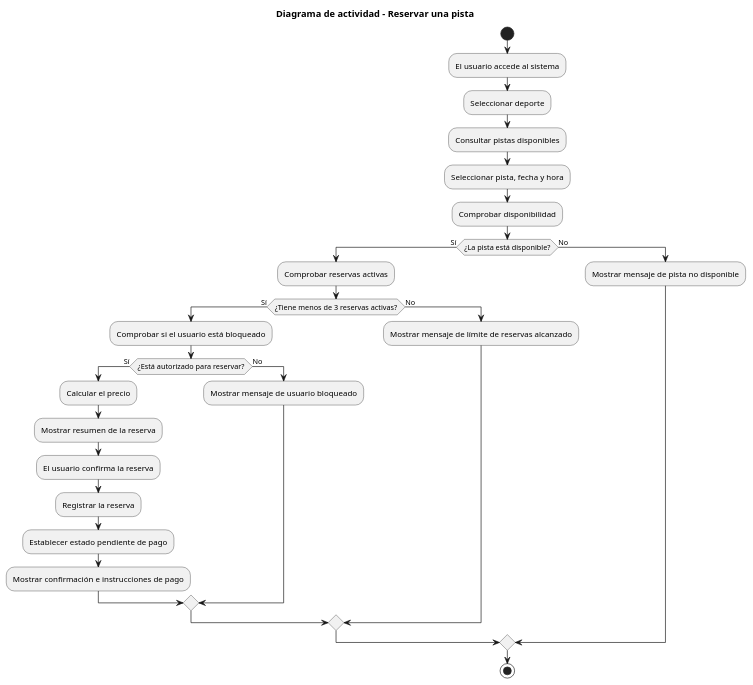
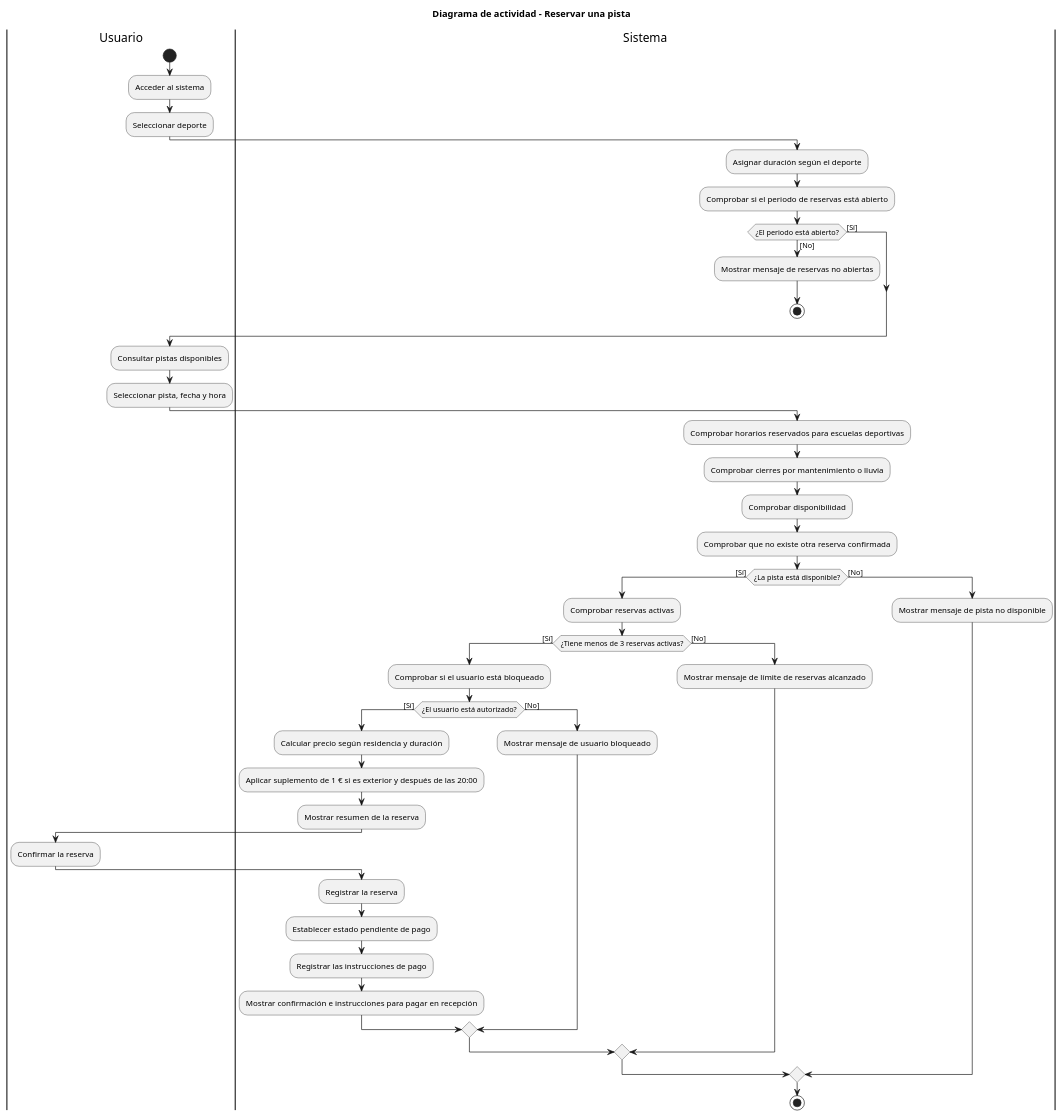
The diagram in diagrams/activity-booking.puml (Ona-DevCom/5.T1-omar-bejaji), drawn with PlantUML before and after one commit. The commit also changed 8 other files, not shown here.

Commit message:
Update requirements and UML diagrams

```diff
--- a/diagrams/activity-booking.puml
+++ b/diagrams/activity-booking.puml
@@ -2,59 +2,66 @@
 @startuml
 
 title Diagrama de actividad - Reservar una pista
 
+|Usuario|
 start
-
-:El usuario accede al sistema;
-
+:Acceder al sistema;
 :Seleccionar deporte;
 
+|Sistema|
+:Asignar duración según el deporte;
+:Comprobar si el periodo de reservas está abierto;
+
+if (¿El periodo está abierto?) then ([Sí])
+else ([No])
+    :Mostrar mensaje de reservas no abiertas;
+    stop
+endif
+
+|Usuario|
 :Consultar pistas disponibles;
-
 :Seleccionar pista, fecha y hora;
 
+|Sistema|
+:Comprobar horarios reservados para escuelas deportivas;
+:Comprobar cierres por mantenimiento o lluvia;
 :Comprobar disponibilidad;
+:Comprobar que no existe otra reserva confirmada;
 
-if (¿La pista está disponible?) then (Sí)
+if (¿La pista está disponible?) then ([Sí])
 
-  :Comprobar reservas activas;
+    :Comprobar reservas activas;
 
-  if (¿Tiene menos de 3 reservas activas?) then (Sí)
+    if (¿Tiene menos de 3 reservas activas?) then ([Sí])
 
-    :Comprobar si el usuario está bloqueado;
+        :Comprobar si el usuario está bloqueado;
 
-    if (¿Está autorizado para reservar?) then (Sí)
+        if (¿El usuario está autorizado?) then ([Sí])
 
-      :Calcular el precio;
+            :Calcular precio según residencia y duración;
+            :Aplicar suplemento de 1 € si es exterior y después de las 20:00;
+            :Mostrar resumen de la reserva;
 
-      :Mostrar resumen de la reserva;
+            |Usuario|
+            :Confirmar la reserva;
 
-      :El usuario confirma la reserva;
+            |Sistema|
+            :Registrar la reserva;
+            :Establecer estado pendiente de pago;
+            :Registrar las instrucciones de pago;
+            :Mostrar confirmación e instrucciones para pagar en recepción;
 
-      :Registrar la reserva;
+        else ([No])
+            :Mostrar mensaje de usuario bloqueado;
+        endif
 
-      :Establecer estado pendiente de pago;
-
-      :Mostrar confirmación e instrucciones de pago;
-
-    else (No)
-
-      :Mostrar mensaje de usuario bloqueado;
-
+    else ([No])
+        :Mostrar mensaje de límite de reservas alcanzado;
     endif
 
-  else (No)
-
-    :Mostrar mensaje de límite de reservas alcanzado;
-
-  endif
-
-else (No)
-
-  :Mostrar mensaje de pista no disponible;
-
+else ([No])
+    :Mostrar mensaje de pista no disponible;
 endif
 
 stop
-
 @enduml
```
